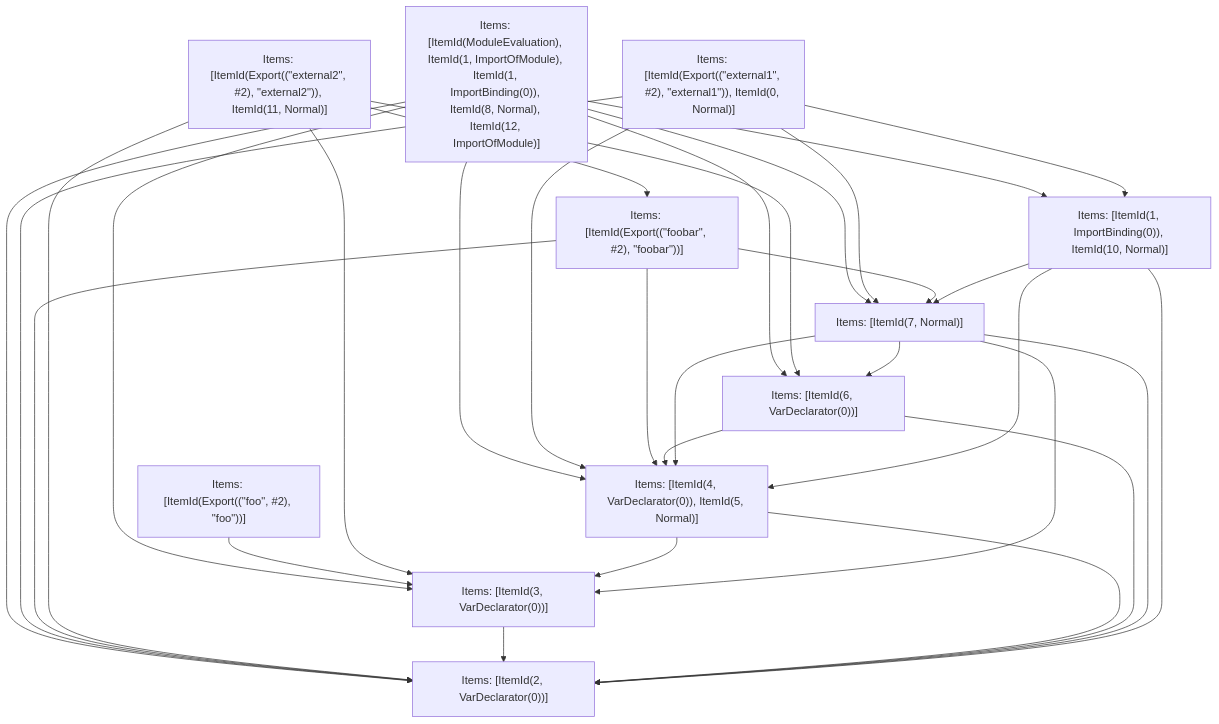
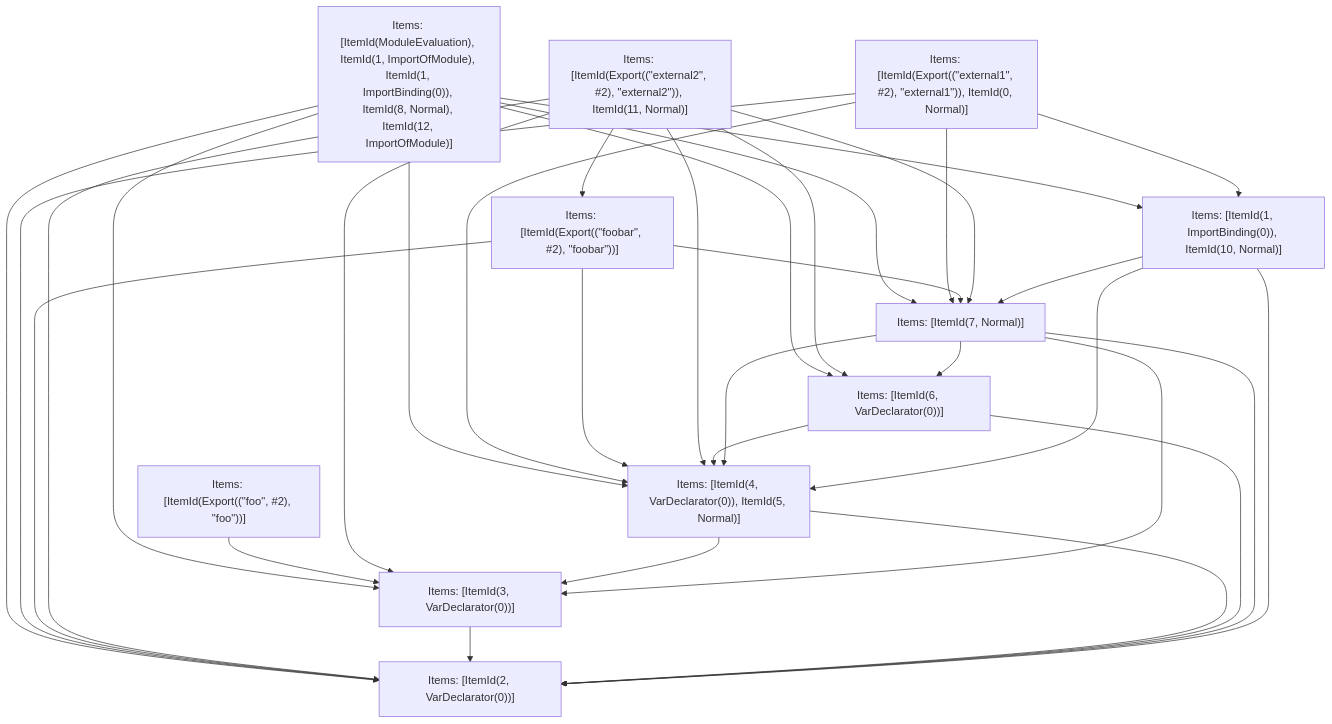
One commit to vercel/turborepo changed the fifth of 5 diagrams in crates/turbopack-ecmascript/tests/tree-shaker/analyzer/2/output.md. Above: the diagram before and after it, drawn with Mermaid. The commit also changed other lines of this file and 3 other files, not shown here.

````diff
--- a/crates/turbopack-ecmascript/tests/tree-shaker/analyzer/2/output.md
+++ b/crates/turbopack-ecmascript/tests/tree-shaker/analyzer/2/output.md
@@ -384,44 +389,46 @@
 ```mermaid
 graph TD
     N0["Items: [ItemId(ModuleEvaluation), ItemId(1, ImportOfModule), ItemId(1, ImportBinding(0)), ItemId(8, Normal), ItemId(12, ImportOfModule)]"];
     N1["Items: [ItemId(Export((&quot;external1&quot;, #2), &quot;external1&quot;)), ItemId(0, Normal)]"];
     N2["Items: [ItemId(Export((&quot;foobar&quot;, #2), &quot;foobar&quot;))]"];
     N3["Items: [ItemId(Export((&quot;foo&quot;, #2), &quot;foo&quot;))]"];
     N4["Items: [ItemId(Export((&quot;external2&quot;, #2), &quot;external2&quot;)), ItemId(11, Normal)]"];
     N5["Items: [ItemId(2, VarDeclarator(0))]"];
     N6["Items: [ItemId(3, VarDeclarator(0))]"];
     N7["Items: [ItemId(4, VarDeclarator(0)), ItemId(5, Normal)]"];
     N8["Items: [ItemId(6, VarDeclarator(0))]"];
     N9["Items: [ItemId(7, Normal)]"];
     N10["Items: [ItemId(1, ImportBinding(0)), ItemId(10, Normal)]"];
     N0 --> N8;
     N0 --> N10;
     N0 --> N5;
     N0 --> N7;
     N0 --> N9;
     N0 --> N6;
     N1 --> N10;
     N1 --> N5;
     N1 --> N7;
     N1 --> N9;
     N2 --> N5;
     N2 --> N7;
     N2 --> N9;
     N3 --> N6;
+    N4 --> N5;
+    N4 --> N7;
+    N4 --> N9;
     N4 --> N6;
     N4 --> N8;
     N4 --> N2;
-    N4 --> N5;
     N6 --> N5;
     N7 --> N5;
     N7 --> N6;
     N8 --> N5;
     N8 --> N7;
     N9 --> N5;
     N9 --> N7;
     N9 --> N6;
     N9 --> N8;
     N10 --> N5;
     N10 --> N7;
     N10 --> N9;
 ```
````
